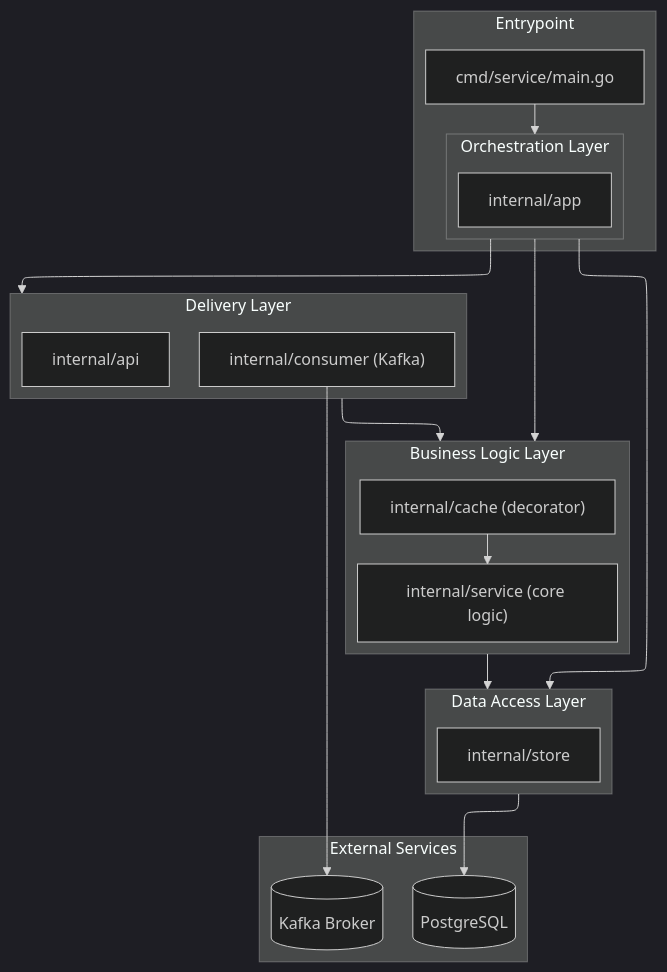
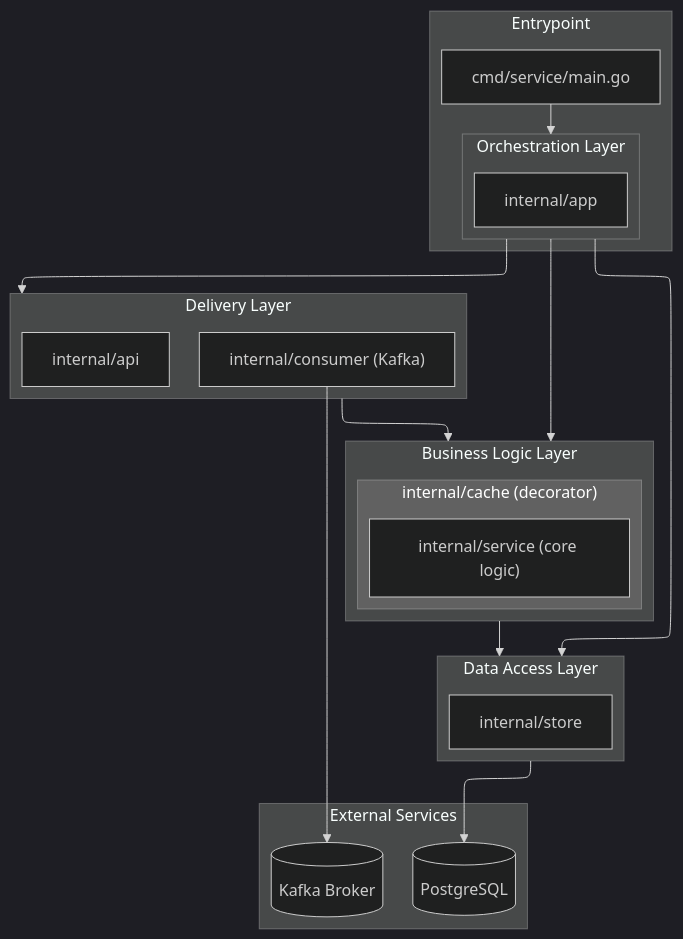
One commit to goinginblind/l0-task changed the diagram in README.md. Above: the diagram before and after it, drawn with Mermaid.

````diff
--- a/README.md
+++ b/README.md
@@ -98,37 +98,39 @@
 ```mermaid
 ---
 config:
   layout: elk
   theme: dark
 ---
 flowchart TD
  subgraph Orchestration["Orchestration Layer"]
         B["internal/app"]
   end
  subgraph Entrypoint["Entrypoint"]
         A["cmd/service/main.go"]
         Orchestration
   end
  subgraph Delivery["Delivery Layer"]
         C["internal/api"]
         D["internal/consumer (Kafka)"]
   end
+ subgraph E_Cache["internal/cache (decorator)"]
+        E["internal/service (core logic)"]
+  end
  subgraph Business["Business Logic Layer"]
-        E_Cache["internal/cache (decorator)"]
-        E["internal/service (core logic)"]
+        E_Cache
   end
  subgraph Data["Data Access Layer"]
         F["internal/store"]
   end
  subgraph External["External Services"]
         J[("PostgreSQL")]
         K[("Kafka Broker")]
   end
-    E_Cache --> E
     A --> Orchestration
     Data --> J
     Business --> Data
     Orchestration --> Delivery & Business & Data
     D --> K
     Delivery --> Business
+    style E_Cache fill:#616161,color:#FFFFFF
 ```
````
